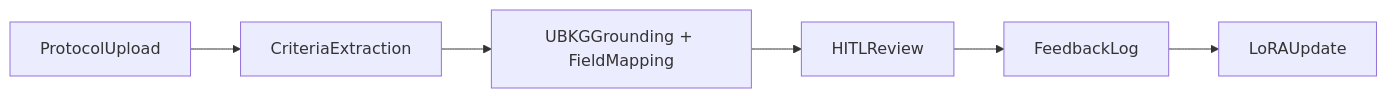
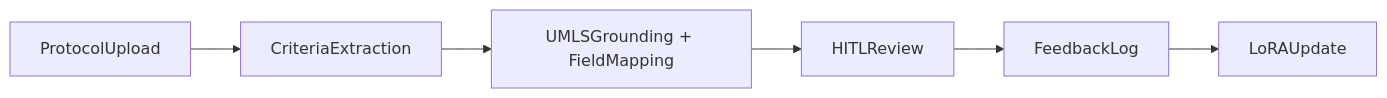
One commit to ET-NoahDolev/medgemma-hackathon changed the diagram in docs/diagrams/hitl-flow.md. Above: the diagram before and after it, drawn with Mermaid. The commit also changed 22 other files, not shown here.

Commit message:
Refactor grounding service to replace UBKG with UMLS API for SNOMED grounding; update related documentation and tests accordingly. Enhance README and diagrams to reflect the new integration, and remove UBKG client implementation.

````diff
--- a/docs/diagrams/hitl-flow.md
+++ b/docs/diagrams/hitl-flow.md
@@ -3,8 +3,8 @@
 ```mermaid
 flowchart LR
   protocol[ProtocolUpload] --> extract[CriteriaExtraction]
-  extract --> ground[UBKGGrounding + FieldMapping]
+  extract --> ground[UMLSGrounding + FieldMapping]
   ground --> review[HITLReview]
   review --> feedback[FeedbackLog]
   feedback --> retrain[LoRAUpdate]
 ```
````
